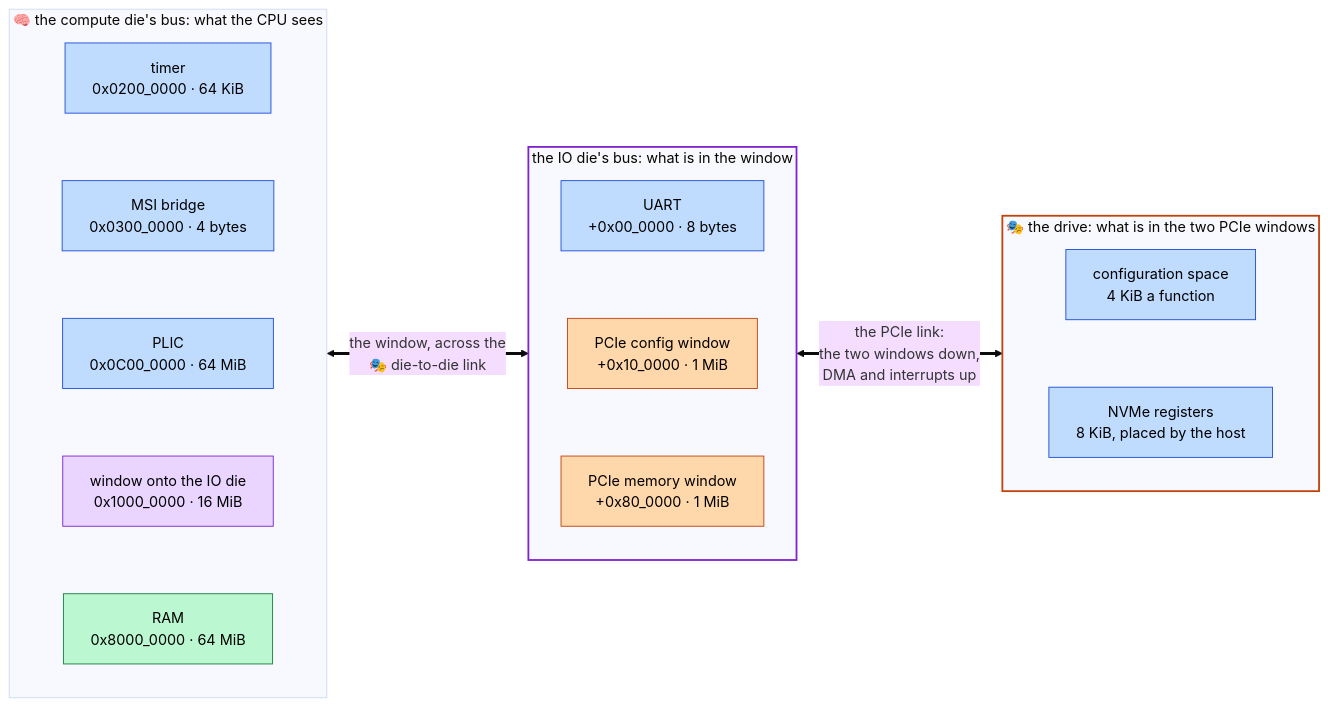
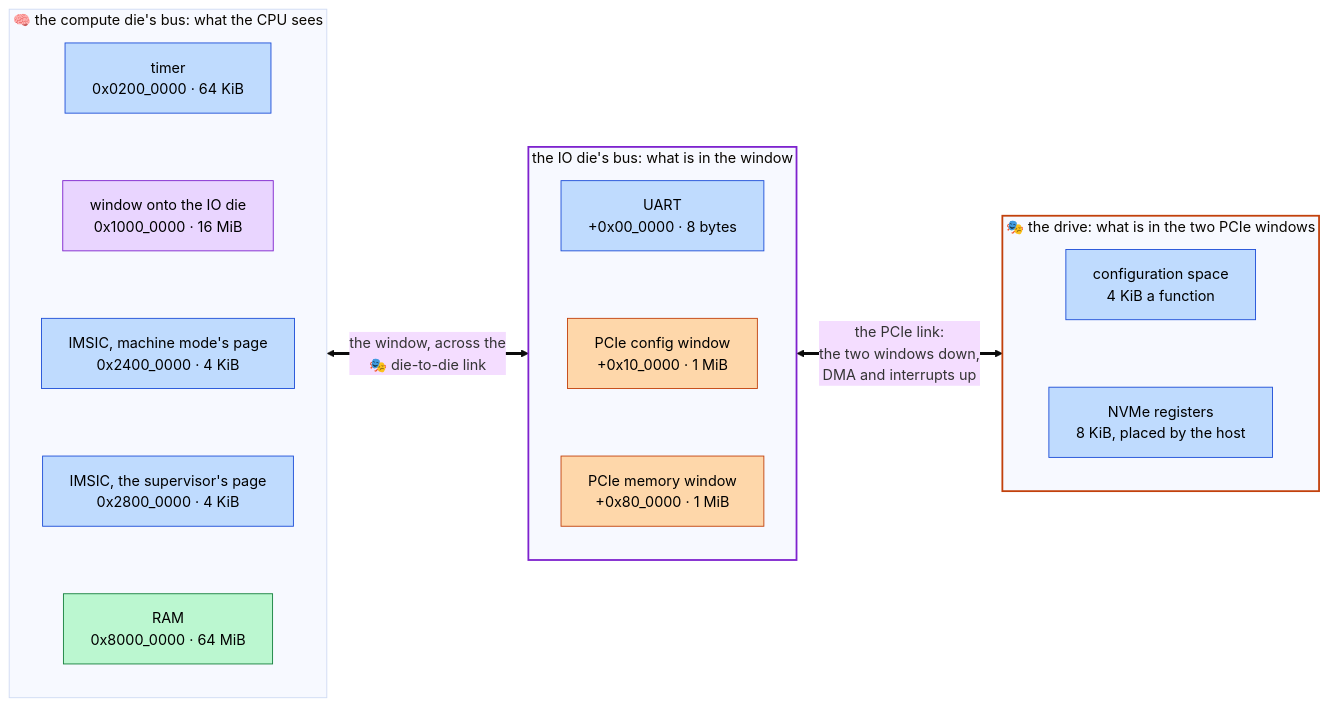
The first of 2 diagrams in docs/address-map.md (cphurley82/socpuppet), drawn with Mermaid (base theme) before and after one commit. The commit also changed other lines of this file and 52 other files, not shown here.

````diff
--- a/docs/address-map.md
+++ b/docs/address-map.md
@@ -29,38 +29,38 @@
 ```mermaid
 flowchart LR
     subgraph compute["🧠 the compute die's bus: what the CPU sees"]
         direction TB
         timer["timer<br/>0x0200_0000&nbsp;·&nbsp;64&nbsp;KiB"]
-        msi["MSI&nbsp;bridge<br/>0x0300_0000&nbsp;·&nbsp;4&nbsp;bytes"]
-        plic["PLIC<br/>0x0C00_0000&nbsp;·&nbsp;64&nbsp;MiB"]
         win["window&nbsp;onto&nbsp;the&nbsp;IO&nbsp;die<br/>0x1000_0000&nbsp;·&nbsp;16&nbsp;MiB"]
+        imsic["IMSIC,&nbsp;machine&nbsp;mode's&nbsp;page<br/>0x2400_0000&nbsp;·&nbsp;4&nbsp;KiB"]
+        simsic["IMSIC,&nbsp;the&nbsp;supervisor's&nbsp;page<br/>0x2800_0000&nbsp;·&nbsp;4&nbsp;KiB"]
         ram["RAM<br/>0x8000_0000&nbsp;·&nbsp;64&nbsp;MiB"]
-        timer ~~~ msi ~~~ plic ~~~ win ~~~ ram
+        timer ~~~ win ~~~ imsic ~~~ simsic ~~~ ram
     end
     subgraph io["the IO die's bus: what is in the window"]
         direction TB
         uart["UART<br/>+0x00_0000&nbsp;·&nbsp;8&nbsp;bytes"]
         ecam["PCIe&nbsp;config&nbsp;window<br/>+0x10_0000&nbsp;·&nbsp;1&nbsp;MiB"]
         mmio["PCIe&nbsp;memory&nbsp;window<br/>+0x80_0000&nbsp;·&nbsp;1&nbsp;MiB"]
         uart ~~~ ecam ~~~ mmio
     end
     subgraph drive["🎭 the drive: what is in the two PCIe windows"]
         direction TB
         cfg["configuration&nbsp;space<br/>4&nbsp;KiB&nbsp;a&nbsp;function"]
         bar0["NVMe&nbsp;registers<br/>8&nbsp;KiB,&nbsp;placed&nbsp;by&nbsp;the&nbsp;host"]
         cfg ~~~ bar0
     end
     compute <== "the window, across the<br/>🎭 die-to-die link" ==> io
     io <== "the PCIe link:<br/>the two windows down,<br/>DMA and interrupts up" ==> drive
 
     classDef memory fill:#bbf7d0,stroke:#15803d,color:#000
     classDef device fill:#bfdbfe,stroke:#1d4ed8,color:#000
     classDef window fill:#e9d5ff,stroke:#7e22ce,color:#000
     classDef pcie fill:#fed7aa,stroke:#c2410c,color:#000
     class ram memory
-    class msi,plic,uart,timer,cfg,bar0 device
+    class imsic,simsic,uart,timer,cfg,bar0 device
     class win window
     class ecam,mmio pcie
     style io stroke:#7e22ce,stroke-width:2px
     style drive stroke:#c2410c,stroke-width:2px
 ```
````
